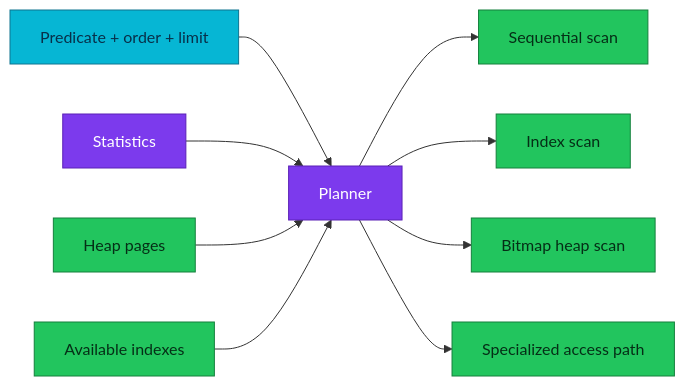
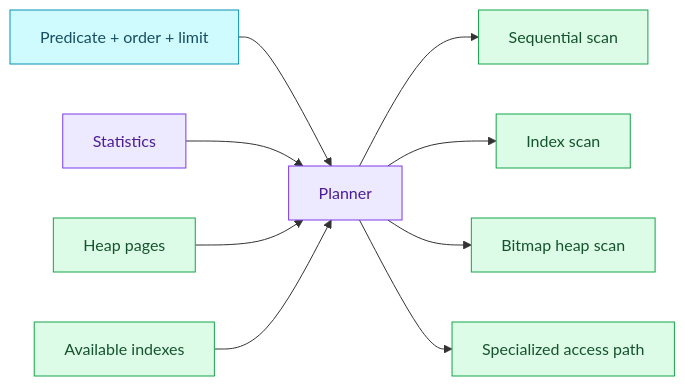
Before and after one commit to duynhlab/homelab: the diagram in docs/databases/fundamentals/indexes-and-access-paths.md, drawn with Mermaid. The commit also changed 174 other files, not shown here.

First line of the commit message:
Soft-tint diagram palette, a signal-flow diagram, a Linux-ready Draw.io skill

````diff
--- a/docs/databases/fundamentals/indexes-and-access-paths.md
+++ b/docs/databases/fundamentals/indexes-and-access-paths.md
@@ -21,18 +21,18 @@
 ```mermaid
 flowchart LR
   Query["Predicate + order + limit"] --> Planner["Planner"]
   Stats["Statistics"] --> Planner
   Heap["Heap pages"] --> Planner
   Index["Available indexes"] --> Planner
   Planner --> Seq["Sequential scan"]
   Planner --> Idx["Index scan"]
   Planner --> Bitmap["Bitmap heap scan"]
   Planner --> Other["Specialized access path"]
 
-  classDef service fill:#06b6d4,color:#082f49,stroke:#0e7490;
-  classDef platform fill:#7c3aed,color:#fff,stroke:#5b21b6;
-  classDef data fill:#22c55e,color:#052e16,stroke:#15803d;
+  classDef service fill:#cffafe,color:#164e63,stroke:#0891b2;
+  classDef platform fill:#ede9fe,color:#4c1d95,stroke:#7c3aed;
+  classDef data fill:#dcfce7,color:#14532d,stroke:#16a34a;
   class Query service;
   class Planner,Stats platform;
   class Heap,Index,Seq,Idx,Bitmap,Other data;
 ```
````
